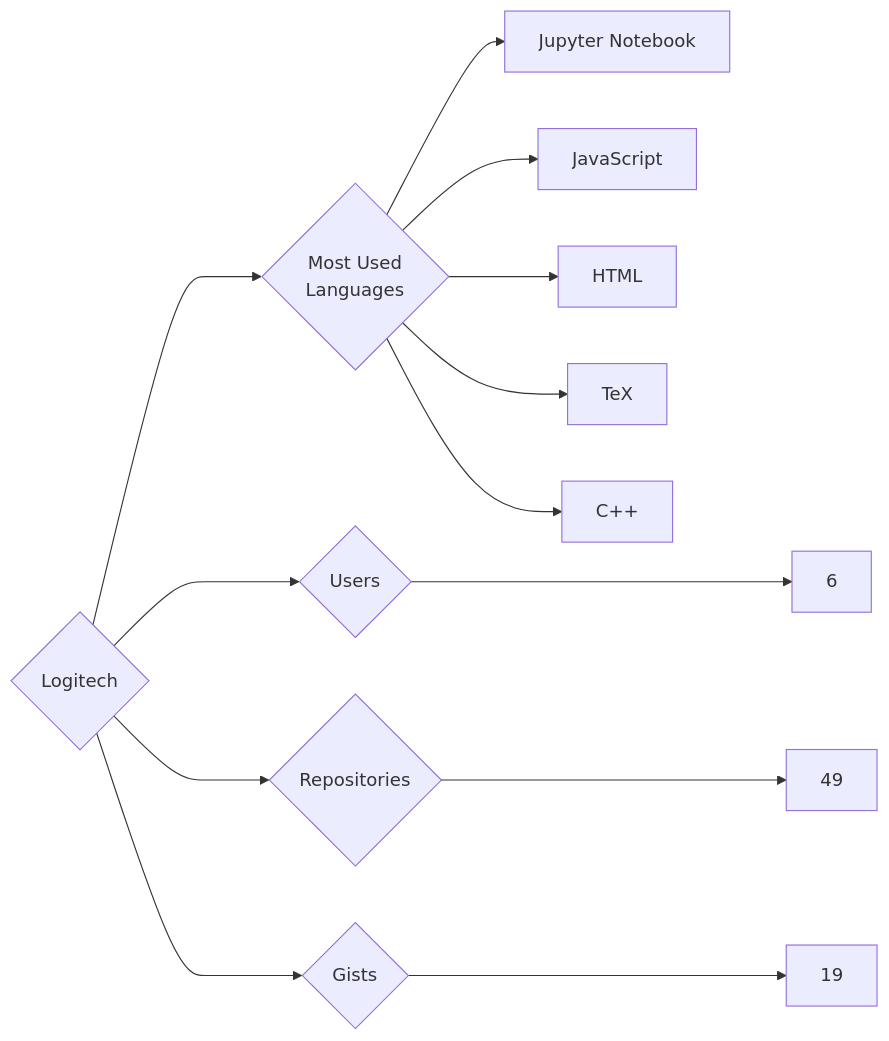
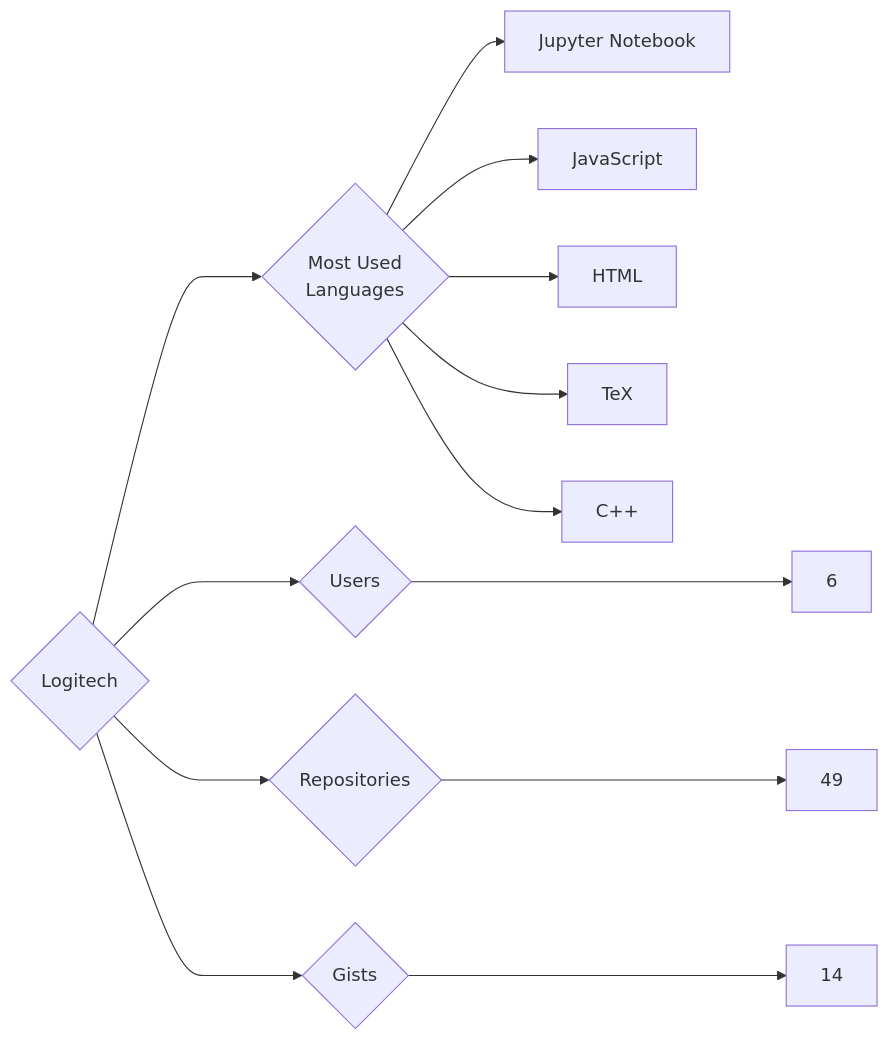
The diagram in targets/Logitech/README.md (trickest/insiders), drawn with Mermaid before and after one commit. The commit also changed 777 other files, not shown here.

````diff
--- a/targets/Logitech/README.md
+++ b/targets/Logitech/README.md
@@ -3,13 +3,13 @@
 ```mermaid
 graph LR
 COMPANY_NAME{Logitech}
 COMPANY_NAME ---> U{Users} ---> UN[6]
 COMPANY_NAME ---> R{Repositories} ---> RN[49]
-COMPANY_NAME ---> G{Gists} ---> GN[19]
+COMPANY_NAME ---> G{Gists} ---> GN[14]
 COMPANY_NAME ---> ML{Most Used<br>Languages}
 ML --> Jupyter_Notebook[Jupyter Notebook]
 ML --> JavaScript[JavaScript]
 ML --> HTML[HTML]
 ML --> TeX[TeX]
 ML --> C++[C++]
 ```
````
